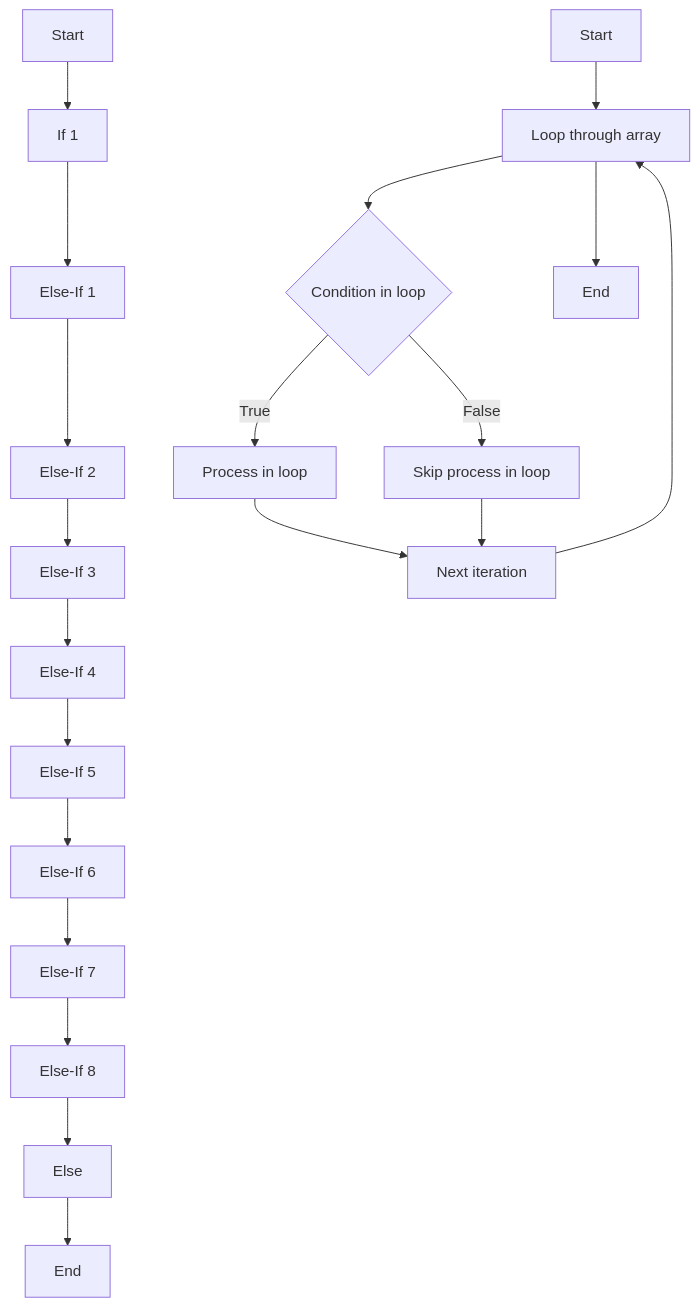
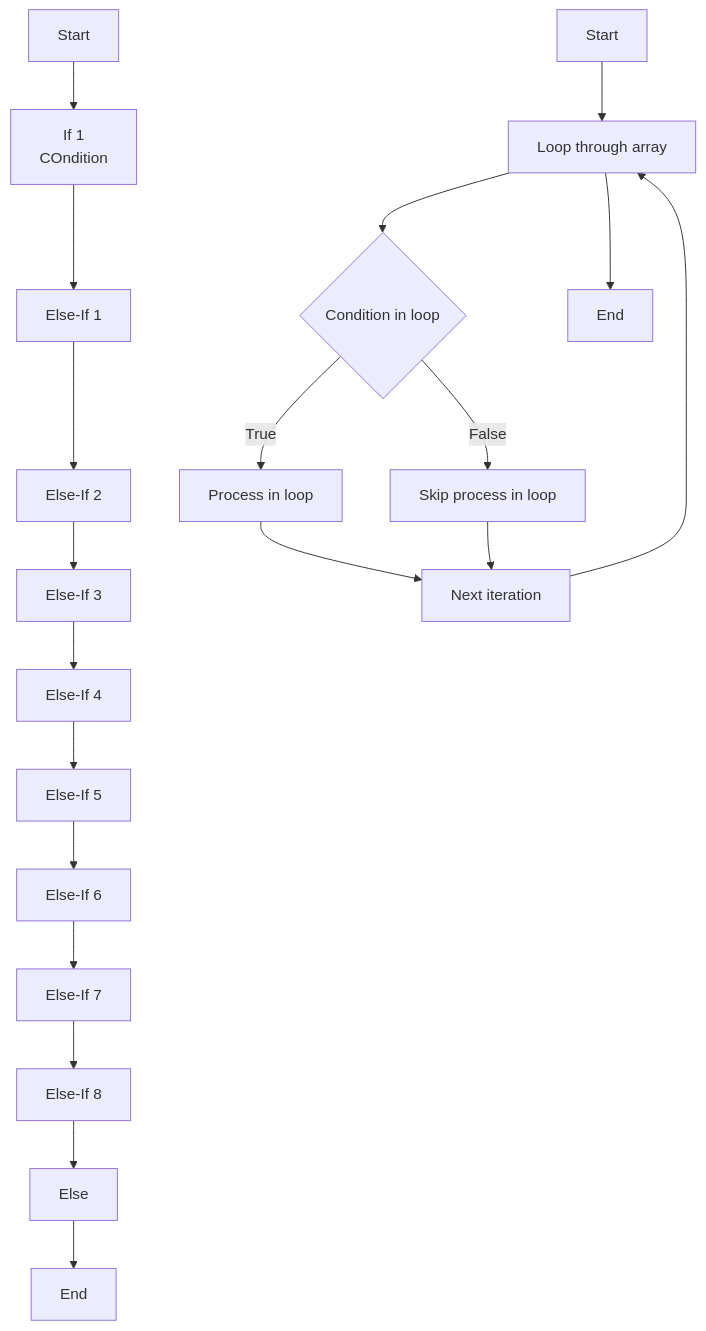
The third of 3 diagrams in daily/2023-05-13.md (Alex-Rafter/wiki), drawn with Mermaid before and after one commit.

````diff
--- a/daily/2023-05-13.md
+++ b/daily/2023-05-13.md
@@ -80,26 +80,28 @@
 ```mermaid
 
 flowchart TD
-A[Start] --> B["If 1"]
+A[Start] --> B["If 1
+COndition
+"]
 B --> C[Else-If 1]
 C --> D[Else-If 2]
 D --> E[Else-If 3]
 E --> F[Else-If 4]
 F --> G[Else-If 5]
 G --> H[Else-If 6]
 H --> I[Else-If 7]
 I --> J[Else-If 8]
 J --> K[Else]
 K --> L[End]
 
 
 M[Start] --> N[Loop through array]
 N --> O{Condition in loop}
 O -- True --> P[Process in loop]
 O -- False --> Q[Skip process in loop]
 P --> R[Next iteration]
 Q --> R
 R --> N
 N --> S[End]
 
 ```
````
